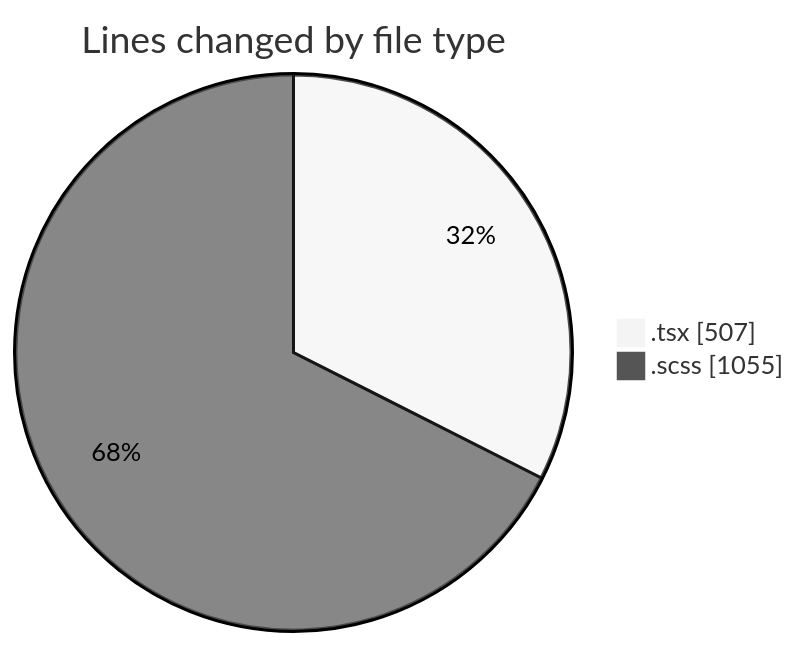
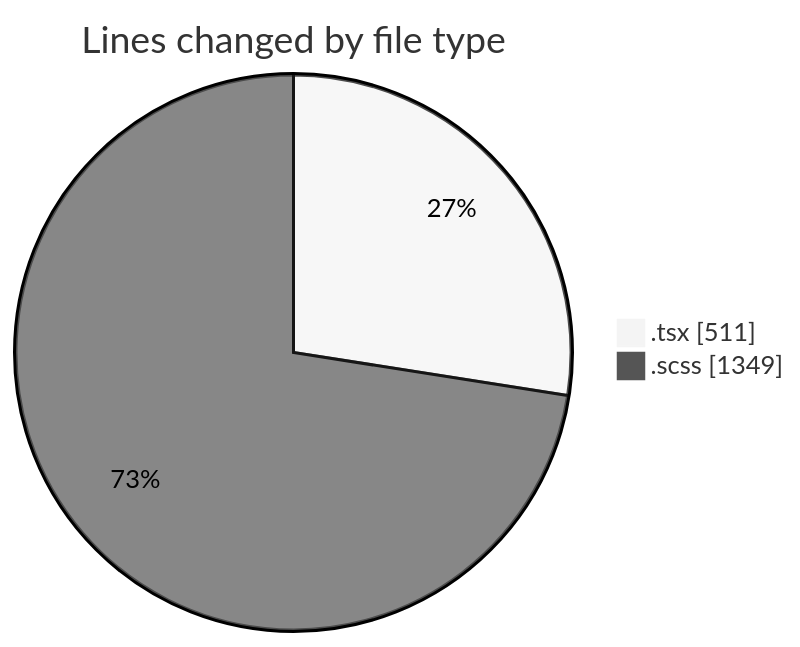
One commit to momahboobian/code-tracking changed the first of 2 diagrams in 2026-02-23/cda/README.md. Above: the diagram before and after it, drawn with Mermaid (neutral theme). The commit also changed other lines of this file and 1 other file, not shown here.

````diff
--- a/2026-02-23/cda/README.md
+++ b/2026-02-23/cda/README.md
@@ -21,6 +22,6 @@
 ```mermaid
 pie showData
 title Lines changed by file type
-".tsx" : 507
-".scss" : 1055
+".tsx" : 511
+".scss" : 1349
 ```
````
